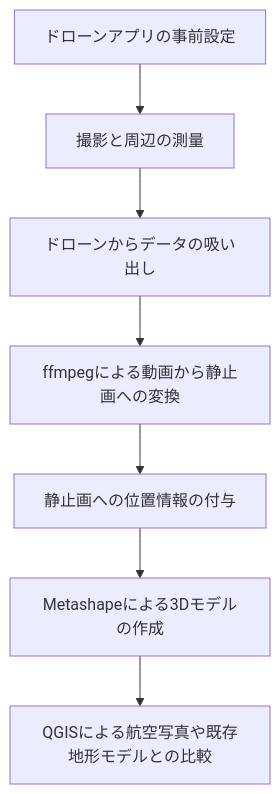
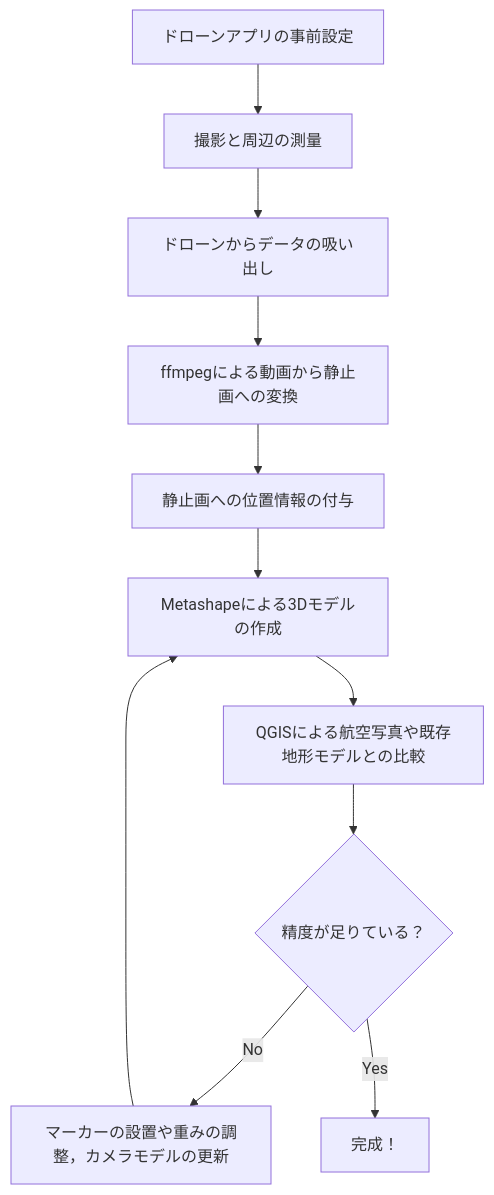
Before and after one commit to masamasace/dji-movie2image-geotag-converter: the diagram in README.md, drawn with Mermaid. The commit also changed other lines of this file, not shown here.

Commit message:
docs: clarify script target in workflow steps and enhance flowchart for accuracy

````diff
--- a/README.md
+++ b/README.md
@@ -34,9 +34,13 @@
 ```mermaid
 graph TD
     A[ドローンアプリの事前設定] --> B[撮影と周辺の測量]
     B --> C[ドローンからデータの吸い出し]
     C --> D[ffmpegによる動画から静止画への変換]
     D --> E[静止画への位置情報の付与]
     E --> F[Metashapeによる3Dモデルの作成]
     F --> G[QGISによる航空写真や既存地形モデルとの比較]
+    G --> H{精度が足りている？}
+    H -->|No| I[マーカーの設置や重みの調整，カメラモデルの更新]
+    I --> F
+    H -->|Yes| J[完成！]
 ```
````
